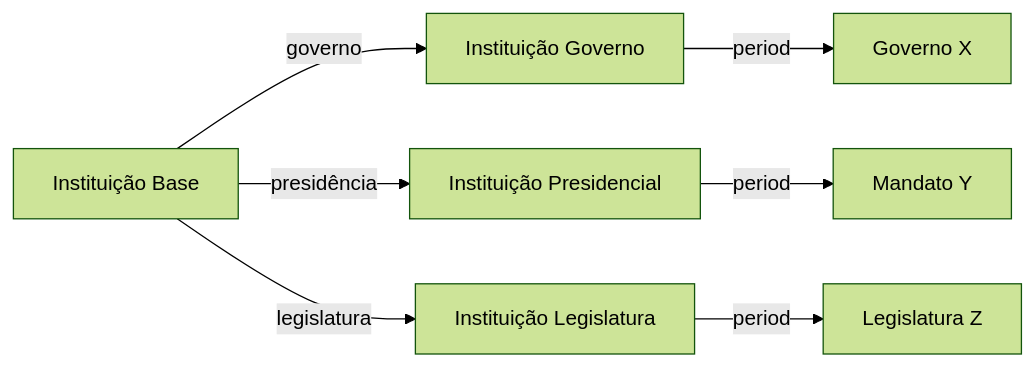
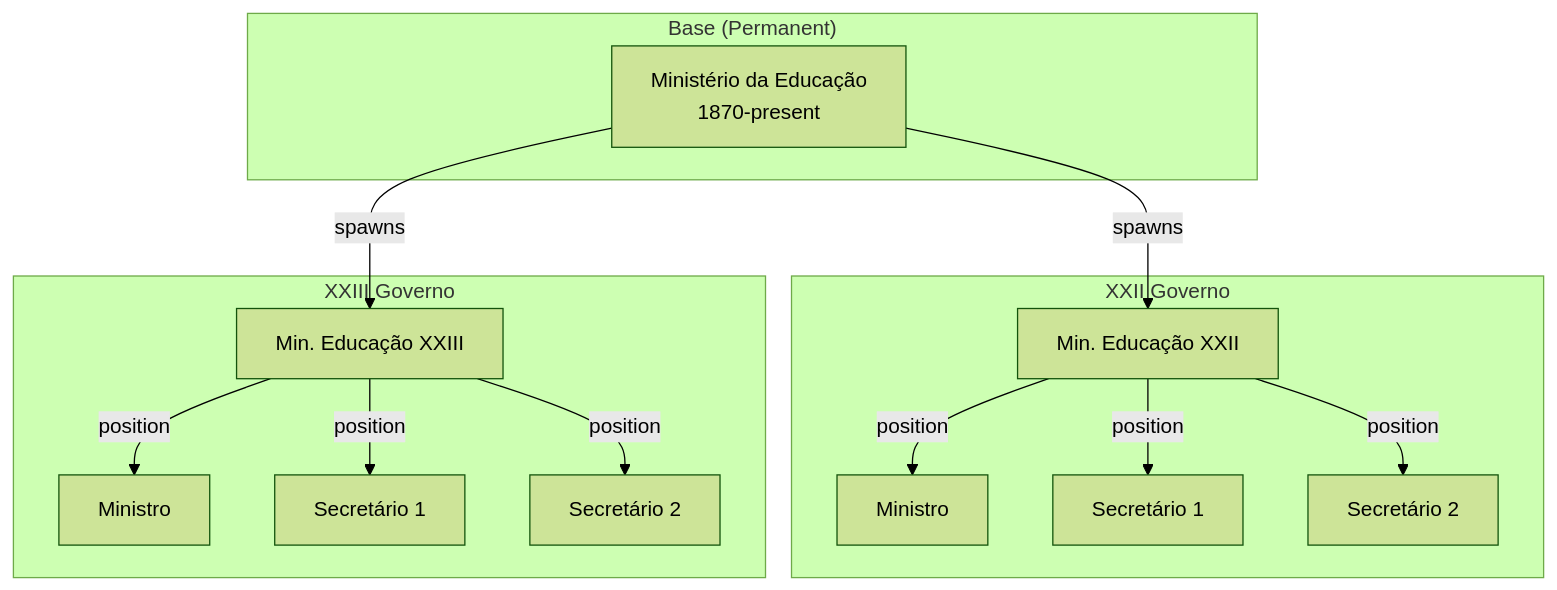
The second of 3 diagrams in vault/BeWhyOrg/InServer/Backend/Database/Entity-Instituicao.md (CarlosLiberJesus/obsidian-vault), drawn with Mermaid (forest theme) before and after one commit. The commit also changed other lines of this file and 11 other files, not shown here.

````diff
--- a/vault/BeWhyOrg/InServer/Backend/Database/Entity-Instituicao.md
+++ b/vault/BeWhyOrg/InServer/Backend/Database/Entity-Instituicao.md
@@ -52,10 +53,20 @@
 ```mermaid
-graph LR
-    I[Instituição Base] --> |governo| IG[Instituição Governo]
-    I --> |presidência| IP[Instituição Presidencial]
-    I --> |legislatura| IL[Instituição Legislatura]
+graph TD
+    subgraph "Base (Permanent)"
+        I[Ministério da Educação<br>1870-present]
+    end
     
-    IG --> |period| G[Governo X]
-    IP --> |period| P[Mandato Y]
-    IL --> |period| L[Legislatura Z]
+    subgraph "XXII Governo"
+        I --> |spawns| IG1[Min. Educação XXII]
+        IG1 --> |position| P1[Ministro]
+        IG1 --> |position| SP1[Secretário 1]
+        IG1 --> |position| SP2[Secretário 2]
+    end
+    
+    subgraph "XXIII Governo"
+        I --> |spawns| IG2[Min. Educação XXIII]
+        IG2 --> |position| P2[Ministro]
+        IG2 --> |position| SP3[Secretário 1]
+        IG2 --> |position| SP4[Secretário 2]
+    end
 ```
````
